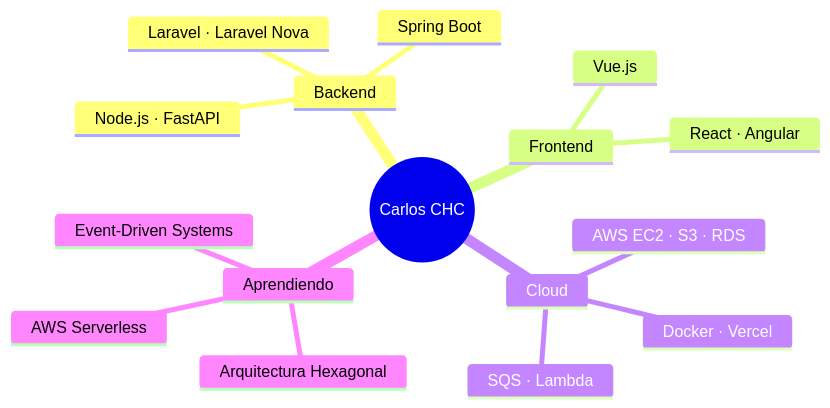
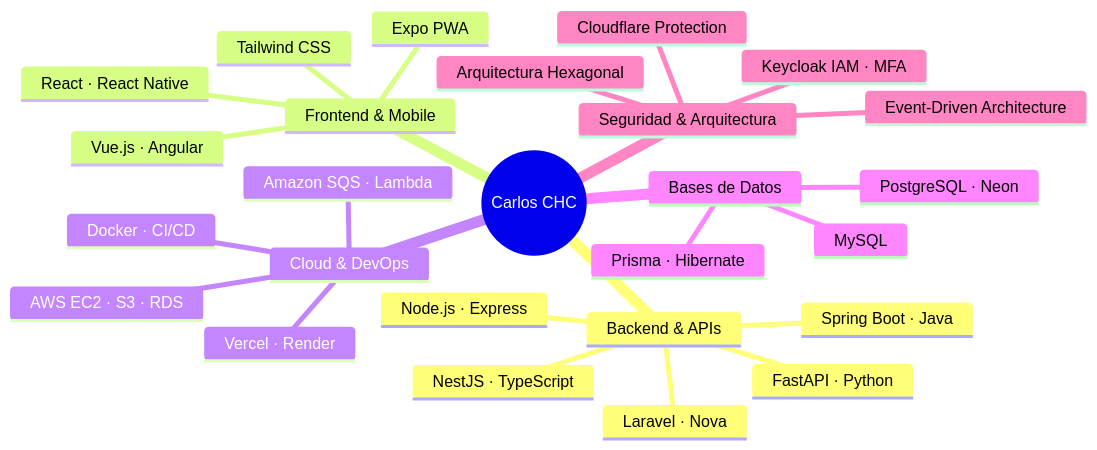
Before and after one commit to devCarlosHernandez/devCarlosHernandez: the diagram in README.md, drawn with Mermaid. The commit also changed other lines of this file, not shown here.

````diff
--- a/README.md
+++ b/README.md
@@ -122,19 +173,29 @@
 ```mermaid
 mindmap
   root((Carlos CHC))
-    Backend
-      Laravel · Laravel Nova
-      Spring Boot
-      Node.js · FastAPI
-    Frontend
-      Vue.js
-      React · Angular
-    Cloud
+    Backend & APIs
+      Node.js · Express
+      NestJS · TypeScript
+      FastAPI · Python
+      Spring Boot · Java
+      Laravel · Nova
+    Frontend & Mobile
+      React · React Native
+      Expo PWA
+      Vue.js · Angular
+      Tailwind CSS
+    Cloud & DevOps
       AWS EC2 · S3 · RDS
-      SQS · Lambda
-      Docker · Vercel
-    Aprendiendo
+      Amazon SQS · Lambda
+      Docker · CI/CD
+      Vercel · Render
+    Bases de Datos
+      PostgreSQL · Neon
+      MySQL
+      Prisma · Hibernate
+    Seguridad & Arquitectura
+      Event-Driven Architecture
+      Keycloak IAM · MFA
+      Cloudflare Protection
       Arquitectura Hexagonal
-      Event-Driven Systems
-      AWS Serverless
 ```
````
